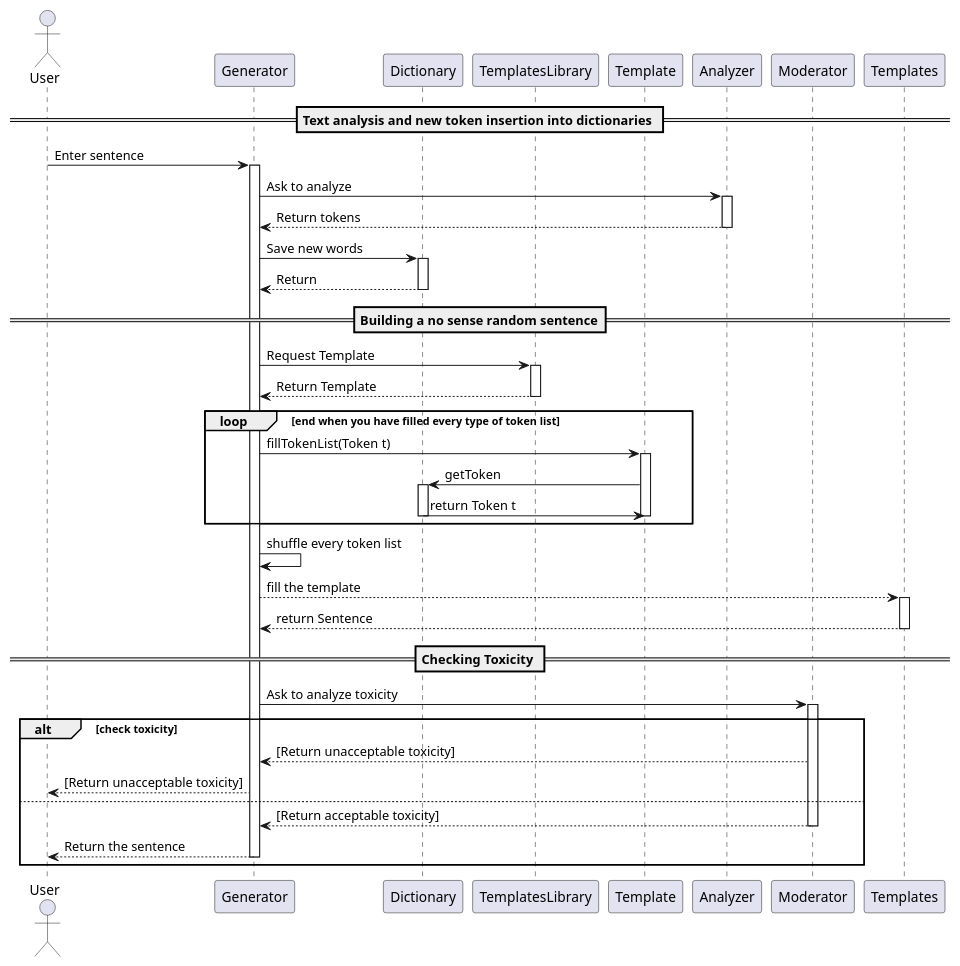
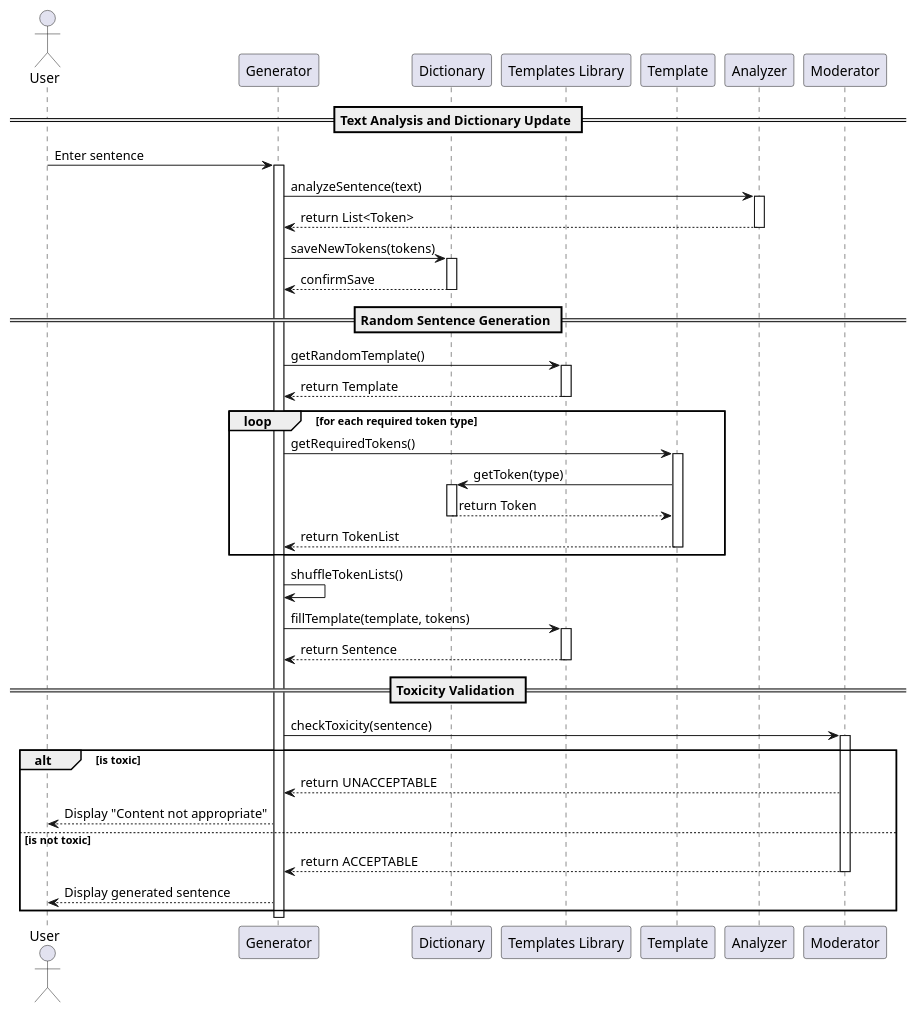
Before and after one commit to FedeRio-Biscotto/nosensegenerator: the diagram in UML_graph/External.puml, drawn with PlantUML. The commit also changed 15 other files, not shown here.

```diff
--- a/UML_graph/External.puml
+++ b/UML_graph/External.puml
@@ -1,64 +1,64 @@
 @startuml System_Sequence_Diagrams_external
 
-'Dichiarazione degli attori e partecipanti
 actor User
 
 participant Generator
 participant Dictionary
-participant TemplatesLibrary
+participant "Templates Library" as TemplatesLibrary
 participant Template
 participant Analyzer
 participant Moderator
 
-'Prima parte del grafico
-== Text analysis and new token insertion into dictionaries ==
+== Text Analysis and Dictionary Update ==
 User -> Generator: Enter sentence
 activate Generator
-Generator -> Analyzer: Ask to analyze
+
+Generator -> Analyzer: analyzeSentence(text)
 activate Analyzer
-Analyzer --> Generator: Return tokens
+Analyzer --> Generator: return List<Token>
 deactivate Analyzer
-Generator -> Dictionary: Save new words
+
+Generator -> Dictionary: saveNewTokens(tokens)
 activate Dictionary
-Dictionary --> Generator: Return
+Dictionary --> Generator: confirmSave
 deactivate Dictionary
 
-'Seconda parte del grafico
-== Building a no sense random sentence==
-Generator -> TemplatesLibrary: Request Template
+== Random Sentence Generation ==
+Generator -> TemplatesLibrary: getRandomTemplate()
 activate TemplatesLibrary
-TemplatesLibrary --> Generator: Return Template
+TemplatesLibrary --> Generator: return Template
 deactivate TemplatesLibrary
 
-loop end when you have filled every type of token list
-Generator -> Template: fillTokenList(Token t)
-activate Template
-Template -> Dictionary: getToken
-activate Dictionary
-Dictionary -> Template: return Token t
-deactivate Dictionary
-deactivate Template
+loop for each required token type
+    Generator -> Template: getRequiredTokens()
+    activate Template
+    Template -> Dictionary: getToken(type)
+    activate Dictionary
+    Dictionary --> Template: return Token
+    deactivate Dictionary
+    Template --> Generator: return TokenList
+    deactivate Template
 end
 
-Generator -> Generator: shuffle every token list
+Generator -> Generator: shuffleTokenLists()
 
-Generator --> Templates : fill the template
-activate Templates
-Templates --> Generator: return Sentence
-deactivate Templates
+Generator -> TemplatesLibrary: fillTemplate(template, tokens)
+activate TemplatesLibrary
+TemplatesLibrary --> Generator: return Sentence
+deactivate TemplatesLibrary
 
-== Checking Toxicity ==
-Generator -> Moderator: Ask to analyze toxicity
+== Toxicity Validation ==
+Generator -> Moderator: checkToxicity(sentence)
 activate Moderator
-alt check toxicity
-    Moderator --> Generator: [Return unacceptable toxicity]
-    Generator --> User: [Return unacceptable toxicity]
-else
-    Moderator --> Generator: [Return acceptable toxicity]
+
+alt is toxic
+    Moderator --> Generator: return UNACCEPTABLE
+    Generator --> User: Display "Content not appropriate"
+else is not toxic
+    Moderator --> Generator: return ACCEPTABLE
     deactivate Moderator
-    Generator --> User: Return the sentence
-    deactivate Generator
+    Generator --> User: Display generated sentence
 end
-
+deactivate Generator
 
 @enduml
```
